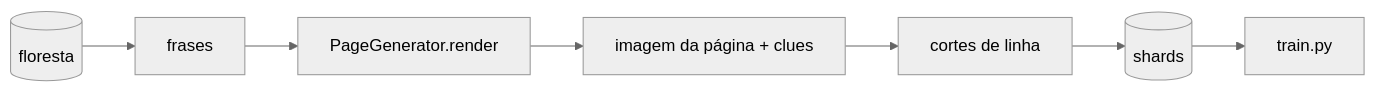
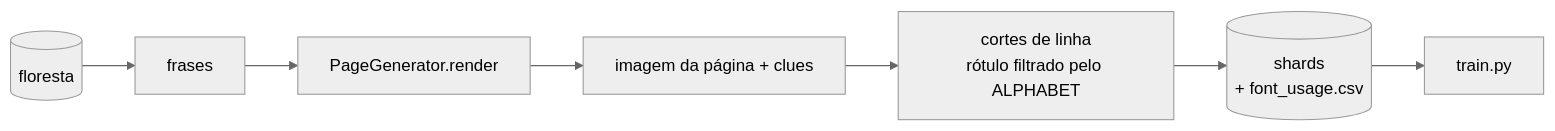
The third of 3 diagrams in docs/data-flow.md (izacgaldino23/ig-ocr), drawn with Mermaid (neutral theme) before and after one commit. The commit also changed other lines of this file, not shown here.

First line of the commit message:
docs: diagramas de fluxo de dados atualizados

````diff
--- a/docs/data-flow.md
+++ b/docs/data-flow.md
@@ -27,9 +48,9 @@
 ```mermaid
 flowchart LR
     corpus[(floresta)] --> frases[frases]
     frases --> render[PageGenerator.render]
     render --> page[imagem da página + clues]
-    page --> cortes[cortes de linha]
-    cortes --> shards[(shards)]
+    page --> cortes[cortes de linha<br/>rótulo filtrado pelo ALPHABET]
+    cortes --> shards[(shards<br/>+ font_usage.csv)]
     shards --> treino[train.py]
 ```
````
